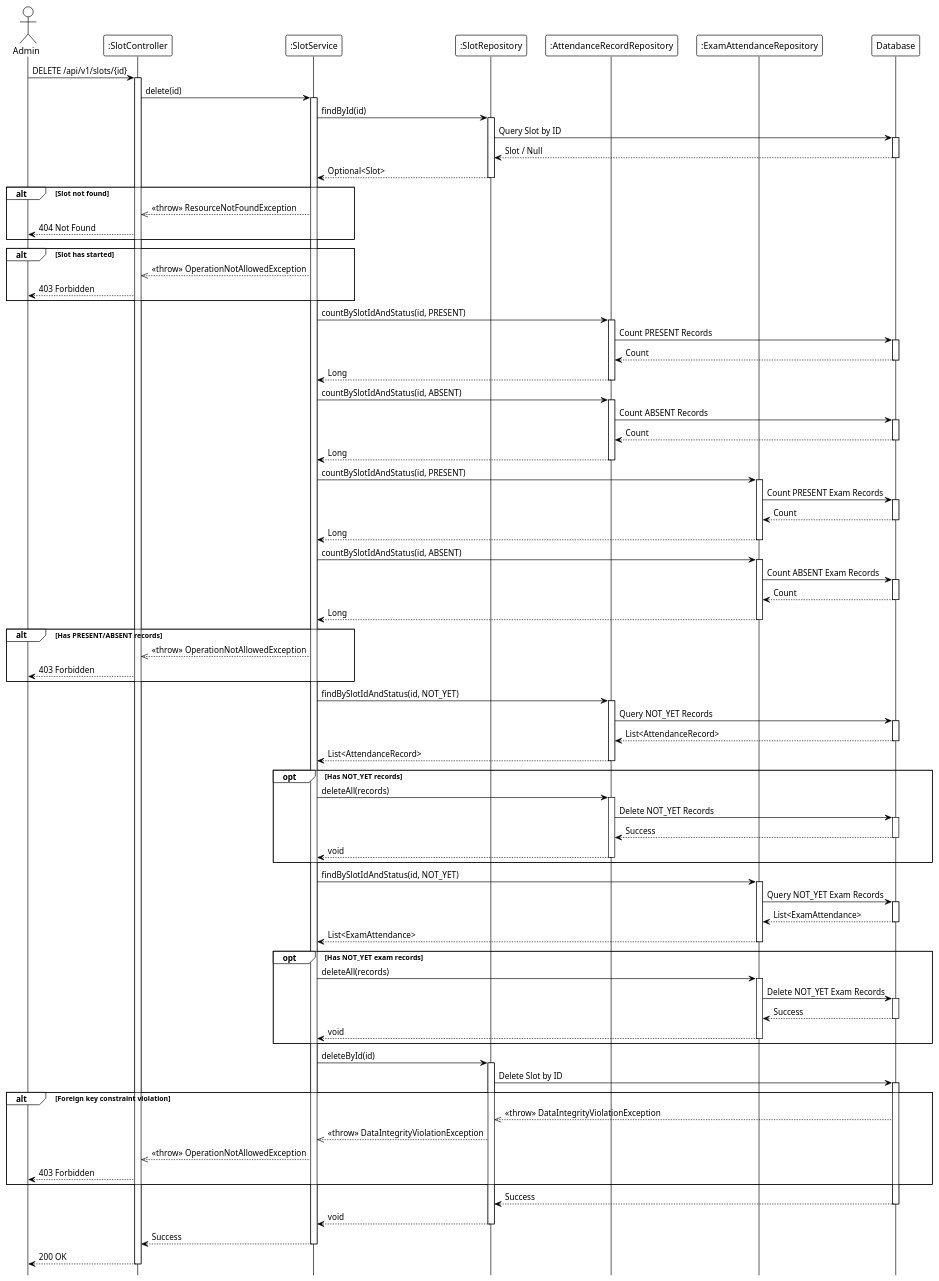
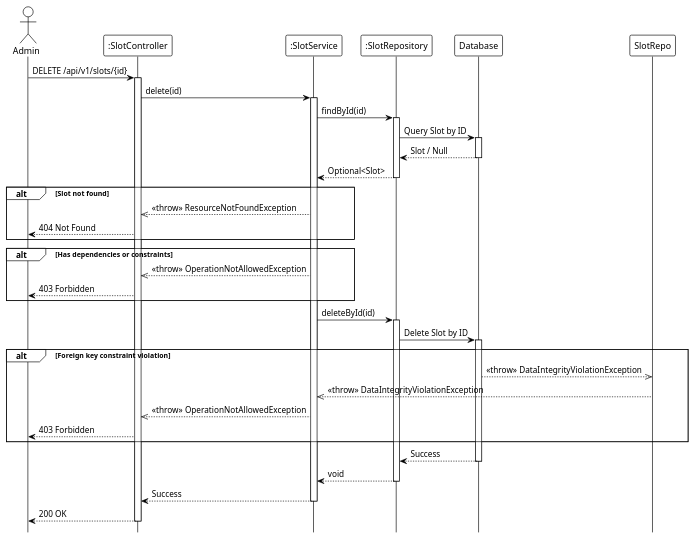
Before and after one commit to Ndh474/context: the diagram in system_detailed_design/37_delete_slot/sequence_diagram_delete_slot.puml, drawn with PlantUML. The commit also changed 9 other files, not shown here.

```diff
--- a/system_detailed_design/37_delete_slot/sequence_diagram_delete_slot.puml
+++ b/system_detailed_design/37_delete_slot/sequence_diagram_delete_slot.puml
@@ -1,169 +1,67 @@
 @startuml delete_slot
 !theme plain
 hide footbox
 
 actor Admin
 participant ":SlotController" as Controller
 participant ":SlotService" as Service
-participant ":SlotRepository" as SlotRepo
-participant ":AttendanceRecordRepository" as AttendanceRepo
-participant ":ExamAttendanceRepository" as ExamAttendanceRepo
+participant ":SlotRepository" as Repository
 participant "Database" as DB
 
 ' --- MAIN FLOW ---
 Admin -> Controller: DELETE /api/v1/slots/{id}
 activate Controller
 
 Controller -> Service: delete(id)
 activate Service
 
 ' --- FIND SLOT ---
-Service -> SlotRepo: findById(id)
-activate SlotRepo
+Service -> Repository: findById(id)
+activate Repository
 
-SlotRepo -> DB: Query Slot by ID
+Repository -> DB: Query Slot by ID
 activate DB
-DB --> SlotRepo: Slot / Null
+DB --> Repository: Slot / Null
 deactivate DB
 
-SlotRepo --> Service: Optional<Slot>
-deactivate SlotRepo
+Repository --> Service: Optional<Slot>
+deactivate Repository
 
 alt Slot not found
     Service -->> Controller: <<throw>> ResourceNotFoundException
     Controller --> Admin: 404 Not Found
 end
 
-' Validation logic (internal)
+' Validation logic (internal: slot started check, attendance records check, delete NOT_YET records)
 
-alt Slot has started
+alt Has dependencies or constraints
     Service -->> Controller: <<throw>> OperationNotAllowedException
     Controller --> Admin: 403 Forbidden
 end
 
-' --- COUNT PRESENT/ABSENT RECORDS ---
-Service -> AttendanceRepo: countBySlotIdAndStatus(id, PRESENT)
-activate AttendanceRepo
+Service -> Repository: deleteById(id)
+activate Repository
 
-AttendanceRepo -> DB: Count PRESENT Records
-activate DB
-DB --> AttendanceRepo: Count
-deactivate DB
-
-AttendanceRepo --> Service: Long
-deactivate AttendanceRepo
-
-Service -> AttendanceRepo: countBySlotIdAndStatus(id, ABSENT)
-activate AttendanceRepo
-
-AttendanceRepo -> DB: Count ABSENT Records
-activate DB
-DB --> AttendanceRepo: Count
-deactivate DB
-
-AttendanceRepo --> Service: Long
-deactivate AttendanceRepo
-
-Service -> ExamAttendanceRepo: countBySlotIdAndStatus(id, PRESENT)
-activate ExamAttendanceRepo
-
-ExamAttendanceRepo -> DB: Count PRESENT Exam Records
-activate DB
-DB --> ExamAttendanceRepo: Count
-deactivate DB
-
-ExamAttendanceRepo --> Service: Long
-deactivate ExamAttendanceRepo
-
-Service -> ExamAttendanceRepo: countBySlotIdAndStatus(id, ABSENT)
-activate ExamAttendanceRepo
-
-ExamAttendanceRepo -> DB: Count ABSENT Exam Records
-activate DB
-DB --> ExamAttendanceRepo: Count
-deactivate DB
-
-ExamAttendanceRepo --> Service: Long
-deactivate ExamAttendanceRepo
-
-alt Has PRESENT/ABSENT records
-    Service -->> Controller: <<throw>> OperationNotAllowedException
-    Controller --> Admin: 403 Forbidden
-end
-
-' --- DELETE NOT_YET RECORDS ---
-Service -> AttendanceRepo: findBySlotIdAndStatus(id, NOT_YET)
-activate AttendanceRepo
-
-AttendanceRepo -> DB: Query NOT_YET Records
-activate DB
-DB --> AttendanceRepo: List<AttendanceRecord>
-deactivate DB
-
-AttendanceRepo --> Service: List<AttendanceRecord>
-deactivate AttendanceRepo
-
-opt Has NOT_YET records
-    Service -> AttendanceRepo: deleteAll(records)
-    activate AttendanceRepo
-
-    AttendanceRepo -> DB: Delete NOT_YET Records
-    activate DB
-    DB --> AttendanceRepo: Success
-    deactivate DB
-
-    AttendanceRepo --> Service: void
-    deactivate AttendanceRepo
-end
-
-Service -> ExamAttendanceRepo: findBySlotIdAndStatus(id, NOT_YET)
-activate ExamAttendanceRepo
-
-ExamAttendanceRepo -> DB: Query NOT_YET Exam Records
-activate DB
-DB --> ExamAttendanceRepo: List<ExamAttendance>
-deactivate DB
-
-ExamAttendanceRepo --> Service: List<ExamAttendance>
-deactivate ExamAttendanceRepo
-
-opt Has NOT_YET exam records
-    Service -> ExamAttendanceRepo: deleteAll(records)
-    activate ExamAttendanceRepo
-
-    ExamAttendanceRepo -> DB: Delete NOT_YET Exam Records
-    activate DB
-    DB --> ExamAttendanceRepo: Success
-    deactivate DB
-
-    ExamAttendanceRepo --> Service: void
-    deactivate ExamAttendanceRepo
-end
-
-' --- DELETE SLOT ---
-Service -> SlotRepo: deleteById(id)
-activate SlotRepo
-
-SlotRepo -> DB: Delete Slot by ID
+Repository -> DB: Delete Slot by ID
 activate DB
 
 alt Foreign key constraint violation
     DB -->> SlotRepo: <<throw>> DataIntegrityViolationException
     SlotRepo -->> Service: <<throw>> DataIntegrityViolationException
     Service -->> Controller: <<throw>> OperationNotAllowedException
     Controller --> Admin: 403 Forbidden
 end
 
-DB --> SlotRepo: Success
+DB --> Repository: Success
 deactivate DB
 
-SlotRepo --> Service: void
-deactivate SlotRepo
+Repository --> Service: void
+deactivate Repository
 
 Service --> Controller: Success
 deactivate Service
 
 Controller --> Admin: 200 OK
 deactivate Controller
 
 @enduml
```
